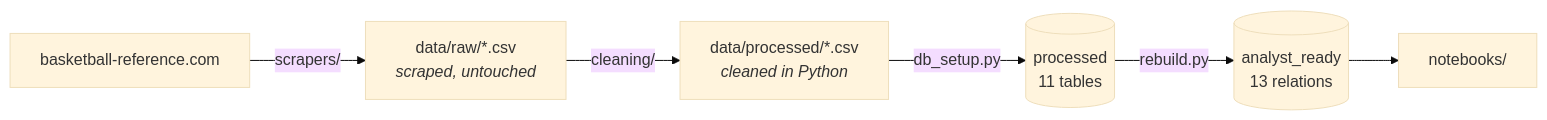
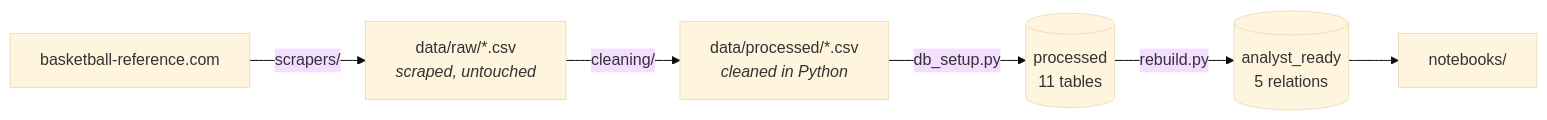
The first of 3 diagrams in docs/data_dictionary.md (arianmokhtariha/NBA-analysis), drawn with Mermaid (base theme) before and after one commit. The commit also changed other lines of this file and 5 other files, not shown here.

````diff
--- a/docs/data_dictionary.md
+++ b/docs/data_dictionary.md
@@ -170,15 +187,15 @@
 ```mermaid
 flowchart LR
     BR["basketball-reference.com"]
     RAW["data/raw/*.csv<br/><i>scraped, untouched</i>"]
     PROC["data/processed/*.csv<br/><i>cleaned in Python</i>"]
     S1[("processed<br/>11 tables")]
-    S2[("analyst_ready<br/>13 relations")]
+    S2[("analyst_ready<br/>5 relations")]
     NB["notebooks/"]
 
     BR -->|"scrapers/"| RAW
     RAW -->|"cleaning/"| PROC
     PROC -->|"db_setup.py"| S1
     S1 -->|"rebuild.py"| S2
     S2 --> NB
 ```
````
